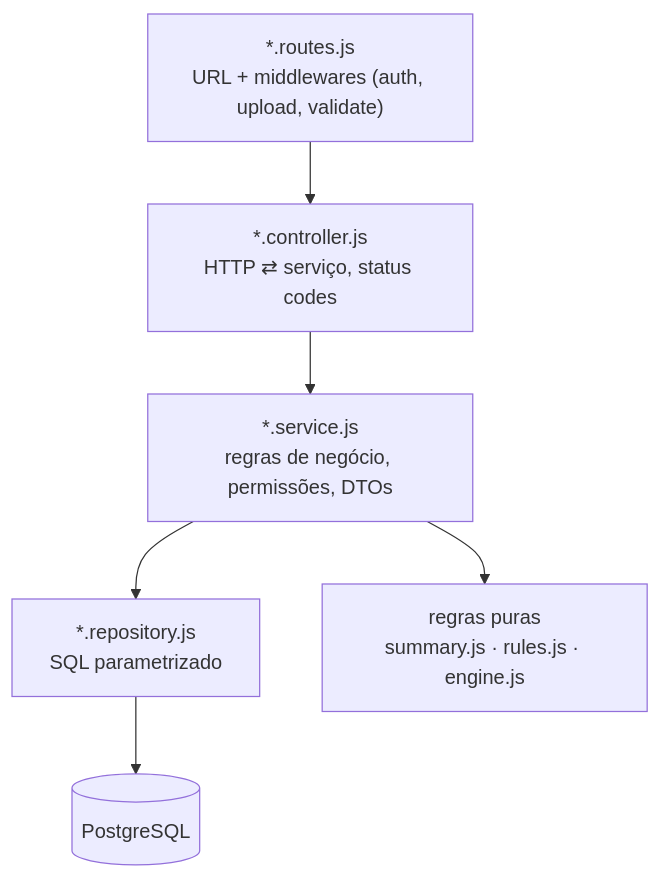
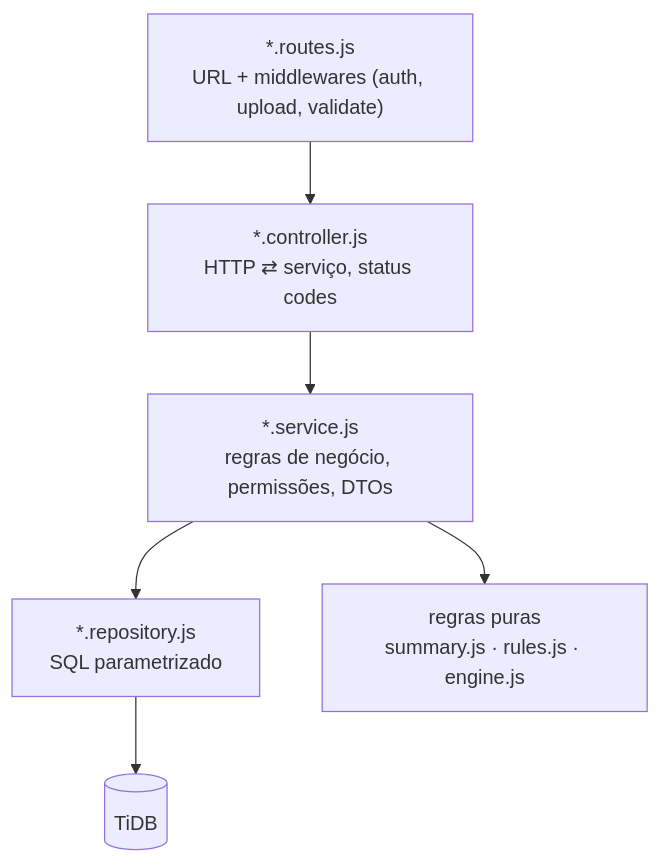
One commit to Sampai0-Thiago/taverna changed the third of 4 diagrams in docs/ARQUITETURA.md. Above: the diagram before and after it, drawn with Mermaid. The commit also changed other lines of this file and 40 other files, not shown here.

````diff
--- a/docs/ARQUITETURA.md
+++ b/docs/ARQUITETURA.md
@@ -56,8 +56,8 @@
 ```mermaid
 flowchart TB
   R["*.routes.js<br/>URL + middlewares (auth, upload, validate)"] --> C["*.controller.js<br/>HTTP ⇄ serviço, status codes"]
   C --> S["*.service.js<br/>regras de negócio, permissões, DTOs"]
   S --> P["*.repository.js<br/>SQL parametrizado"]
   S --> Pure["regras puras<br/>summary.js · rules.js · engine.js"]
-  P --> DB[(PostgreSQL)]
+  P --> DB[(TiDB)]
 ```
````
